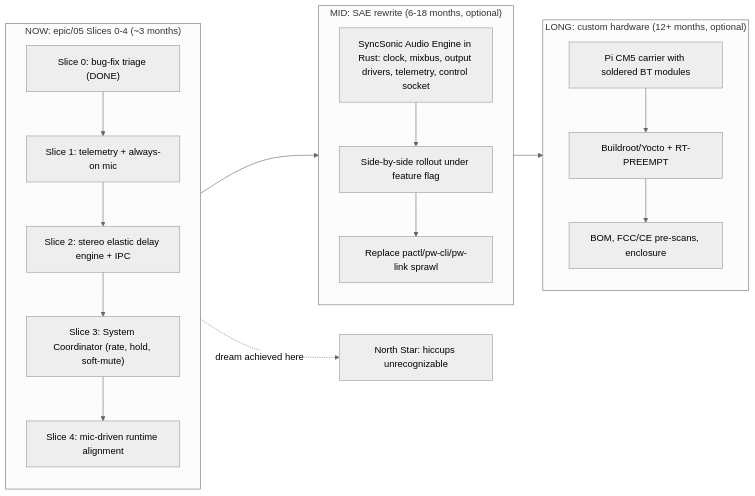
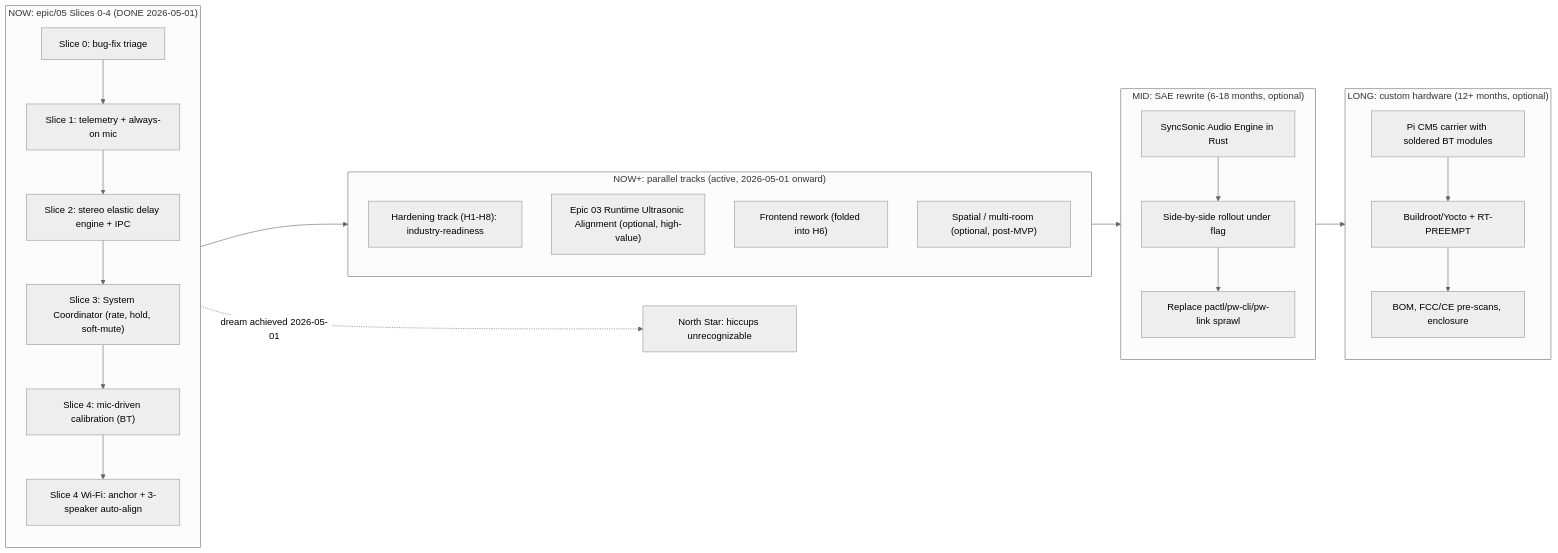
One commit to BrooksWimer/SyncSonicRaspberry changed the diagram in docs/maverick/ROADMAP.md. Above: the diagram before and after it, drawn with Mermaid (neutral theme). The commit also changed other lines of this file and 4 other files, not shown here.

````diff
--- a/docs/maverick/ROADMAP.md
+++ b/docs/maverick/ROADMAP.md
@@ -52,25 +81,32 @@
 ```mermaid
 flowchart LR
-    subgraph Now["NOW: epic/05 Slices 0-4 (~3 months)"]
-        S0["Slice 0: bug-fix triage (DONE)"]
+    subgraph Now["NOW: epic/05 Slices 0-4 (DONE 2026-05-01)"]
+        S0["Slice 0: bug-fix triage"]
         S1["Slice 1: telemetry + always-on mic"]
         S2["Slice 2: stereo elastic delay engine + IPC"]
         S3["Slice 3: System Coordinator (rate, hold, soft-mute)"]
-        S4["Slice 4: mic-driven runtime alignment"]
-        S0 --> S1 --> S2 --> S3 --> S4
+        S4["Slice 4: mic-driven calibration (BT)"]
+        S4w["Slice 4 Wi-Fi: anchor + 3-speaker auto-align"]
+        S0 --> S1 --> S2 --> S3 --> S4 --> S4w
+    end
+    subgraph NowPlus["NOW+: parallel tracks (active, 2026-05-01 onward)"]
+        H["Hardening track (H1-H8): industry-readiness"]
+        E03["Epic 03 Runtime Ultrasonic Alignment (optional, high-value)"]
+        UI["Frontend rework (folded into H6)"]
+        SP["Spatial / multi-room (optional, post-MVP)"]
     end
     subgraph Mid["MID: SAE rewrite (6-18 months, optional)"]
-        SAE["SyncSonic Audio Engine in Rust: clock, mixbus, output drivers, telemetry, control socket"]
-        SAE_MIG["Side-by-side rollout under feature flag"]
+        SAE["SyncSonic Audio Engine in Rust"]
+        SAE_MIG["Side-by-side rollout under flag"]
         SAE_DONE["Replace pactl/pw-cli/pw-link sprawl"]
         SAE --> SAE_MIG --> SAE_DONE
     end
     subgraph Long["LONG: custom hardware (12+ months, optional)"]
         HW["Pi CM5 carrier with soldered BT modules"]
         OS["Buildroot/Yocto + RT-PREEMPT"]
         BOM["BOM, FCC/CE pre-scans, enclosure"]
         HW --> OS --> BOM
     end
-    Now --> Mid --> Long
-    Now -. dream achieved here .-> NorthStar["North Star: hiccups unrecognizable"]
+    Now --> NowPlus --> Mid --> Long
+    Now -. dream achieved 2026-05-01 .-> NorthStar["North Star: hiccups unrecognizable"]
 ```
````
